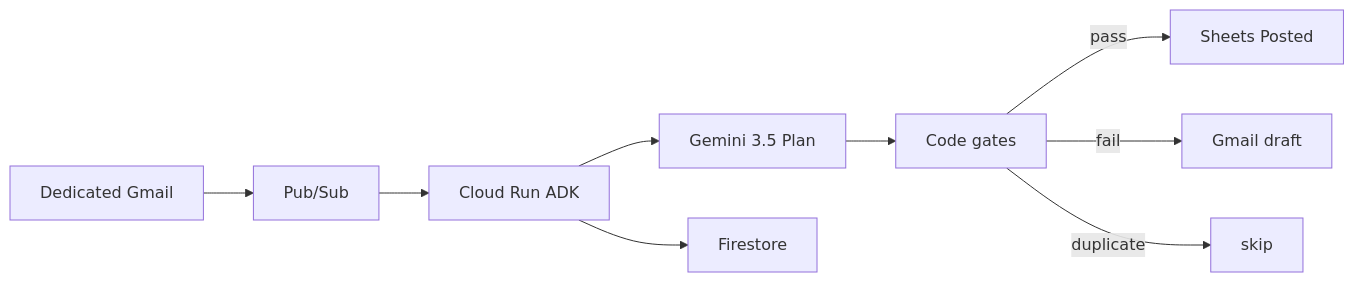
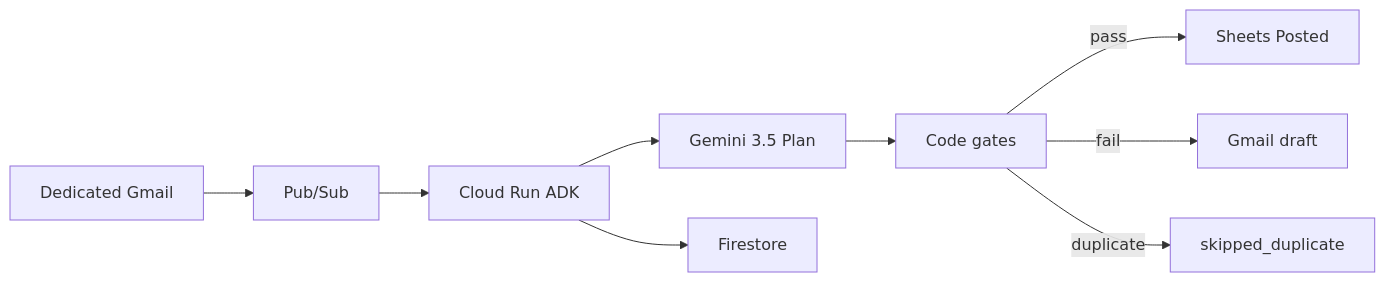
Before and after one commit to Olympusxvn/olympus-document-agent: the diagram in README.md, drawn with Mermaid. The commit also changed other lines of this file and 1 other file, not shown here.

````diff
--- a/README.md
+++ b/README.md
@@ -32,11 +121,11 @@
 ```mermaid
 flowchart LR
-  Gmail["Dedicated Gmail"] --> PubSub["Pub/Sub"]
-  PubSub --> Run["Cloud Run ADK"]
-  Run --> Gemini["Gemini 3.5 Plan"]
-  Gemini --> Gates["Code gates"]
-  Gates -->|pass| Sheets["Sheets Posted"]
-  Gates -->|fail| Draft["Gmail draft"]
-  Gates -->|duplicate| Skip["skip"]
-  Run --> FS["Firestore"]
+  Gmail[Dedicated Gmail] --> PubSub[Pub/Sub]
+  PubSub --> Run[Cloud Run ADK]
+  Run --> Gemini[Gemini 3.5 Plan]
+  Gemini --> Gates[Code gates]
+  Gates -->|pass| Sheets[Sheets Posted]
+  Gates -->|fail| Draft[Gmail draft]
+  Gates -->|duplicate| Skip[skipped_duplicate]
+  Run --> FS[Firestore]
 ```
````
